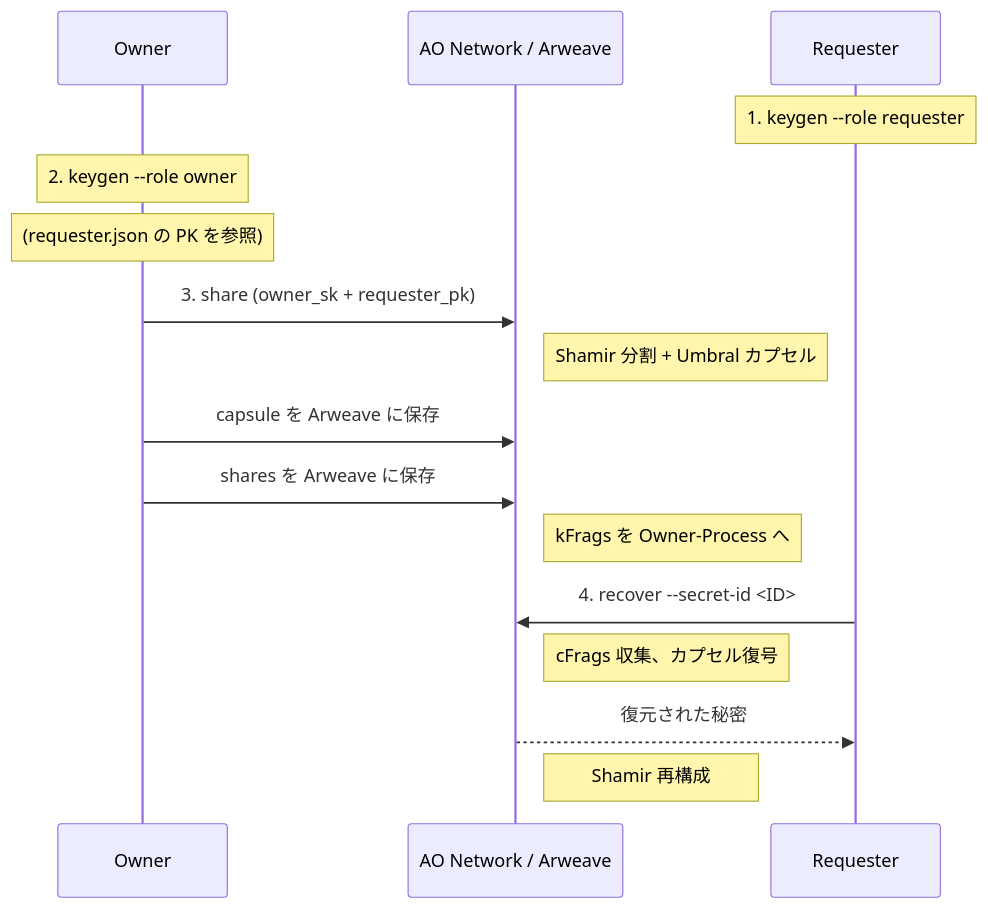
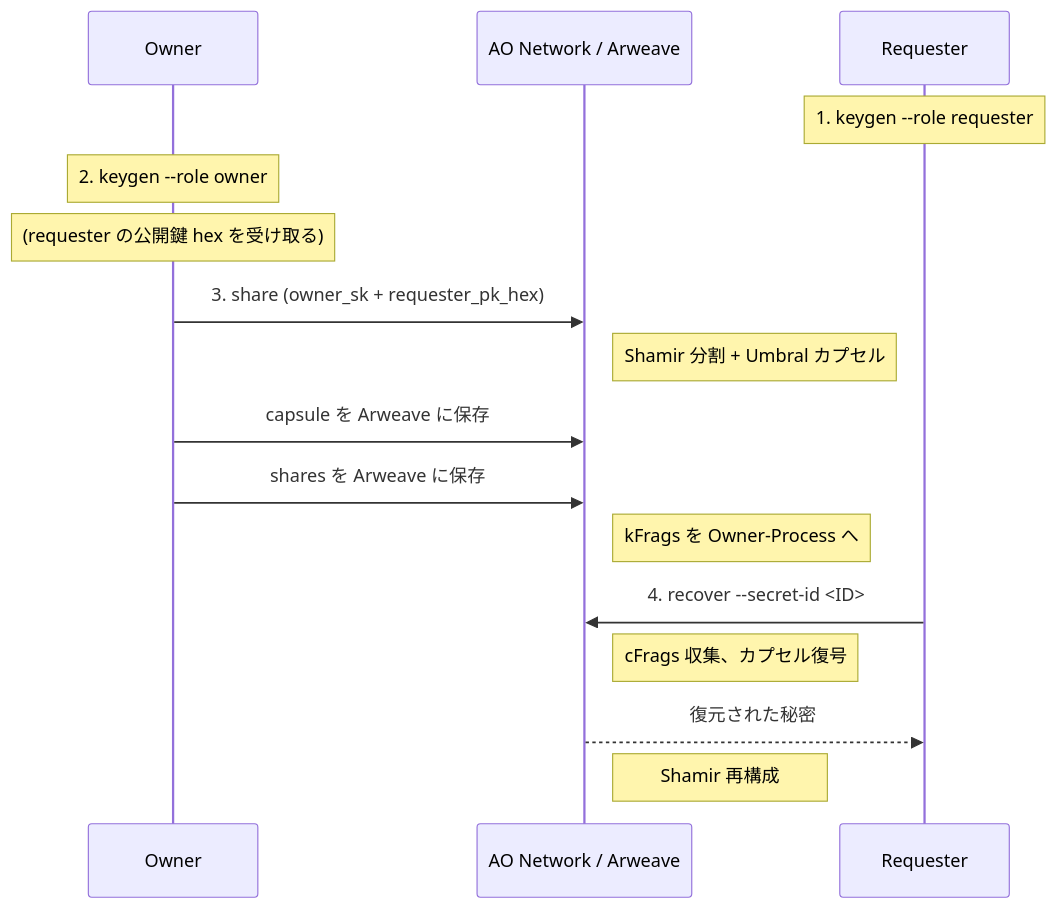
One commit to shodaimomiyama/D-TPRES changed the first of 2 diagrams in demo/README.md. Above: the diagram before and after it, drawn with Mermaid. The commit also changed other lines of this file and 3 other files, not shown here.

````diff
--- a/demo/README.md
+++ b/demo/README.md
@@ -7,20 +7,20 @@
 ```mermaid
 sequenceDiagram
     participant Owner
     participant Net as AO Network / Arweave
     participant Requester
 
     Note over Requester: 1. keygen --role requester
     Note over Owner: 2. keygen --role owner
-    Note over Owner: (requester.json の PK を参照)
-    Owner->>Net: 3. share (owner_sk + requester_pk)
+    Note over Owner: (requester の公開鍵 hex を受け取る)
+    Owner->>Net: 3. share (owner_sk + requester_pk_hex)
     Note right of Net: Shamir 分割 + Umbral カプセル
     Owner->>Net: capsule を Arweave に保存
     Owner->>Net: shares を Arweave に保存
     Note right of Net: kFrags を Owner-Process へ
 
     Requester->>Net: 4. recover --secret-id <ID>
     Note right of Net: cFrags 収集、カプセル復号
     Net-->>Requester: 復元された秘密
     Note right of Net: Shamir 再構成
 ```
````
